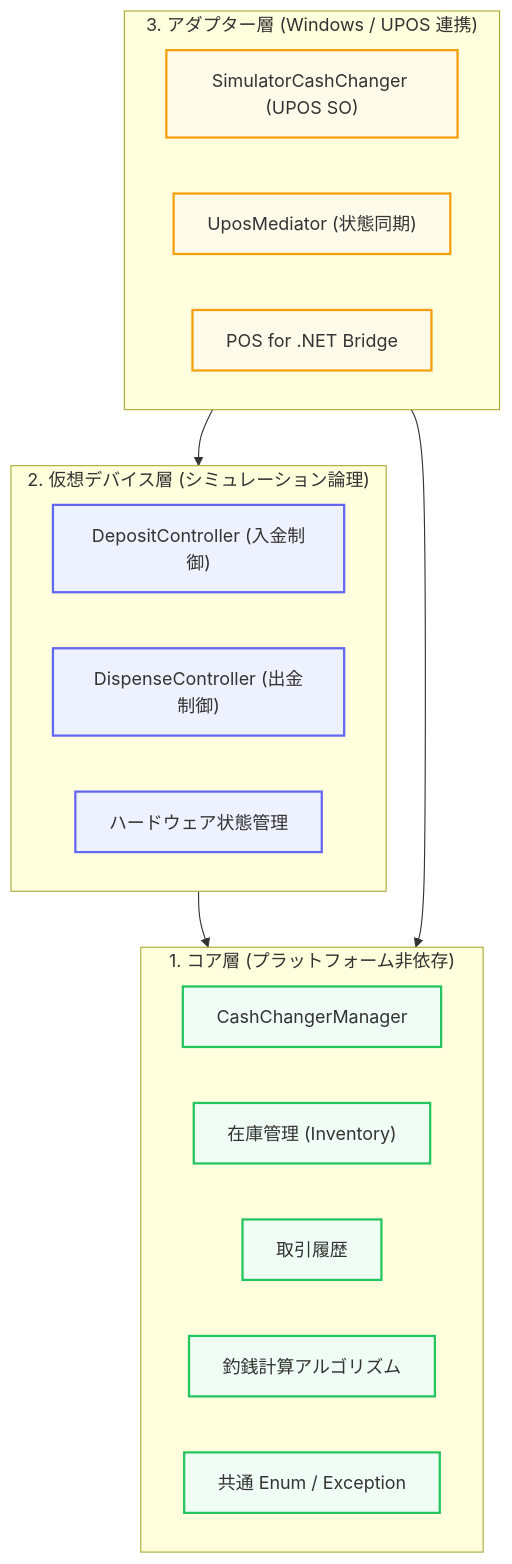
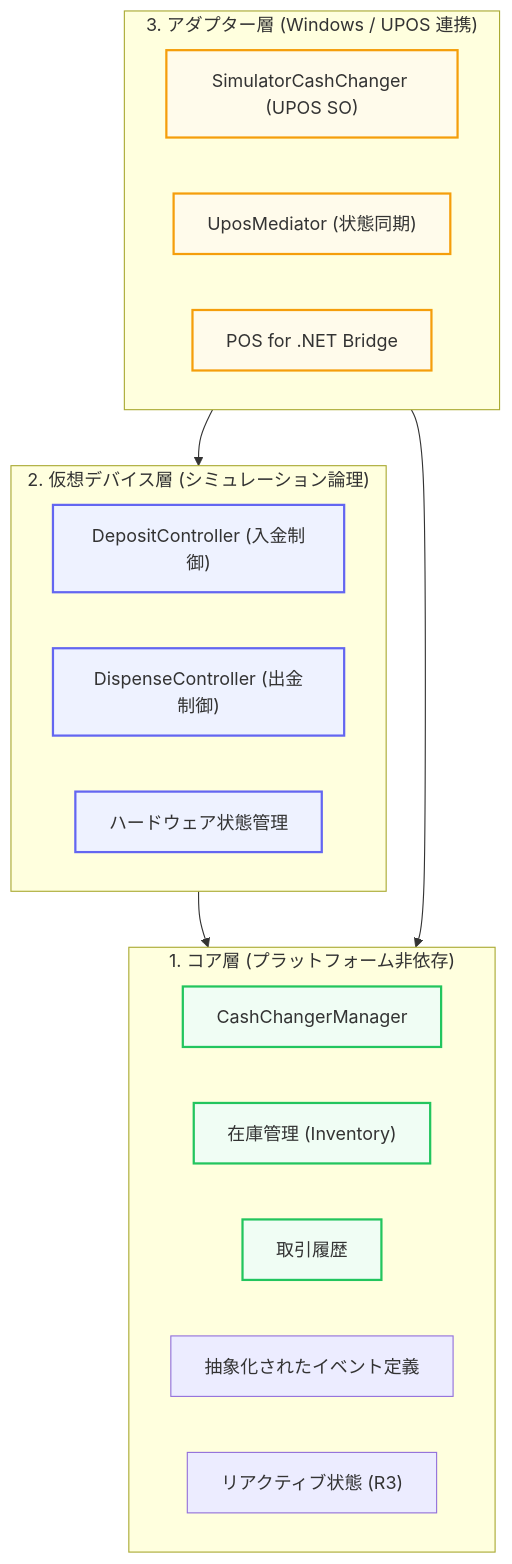
The diagram in docs/Architecture_JP.md (w-red/CashChangerSimulator.Core), drawn with Mermaid before and after one commit. The commit also changed other lines of this file and 1 other file, not shown here.

Commit message:
docs: update architecture overview for R3 and event abstraction

````diff
--- a/docs/Architecture_JP.md
+++ b/docs/Architecture_JP.md
@@ -9,38 +9,38 @@
 ```mermaid
 graph TD
     %% Define Styles
     classDef coreLayer fill:#f0fdf4,stroke:#22c55e,stroke-width:2px;
     classDef virtualLayer fill:#eef2ff,stroke:#6366f1,stroke-width:2px;
     classDef adapterLayer fill:#fffbeb,stroke:#f59e0b,stroke-width:2px;
     
     %% Core Layer (CashChangerSimulator.Core)
     subgraph Core ["1. コア層 (プラットフォーム非依存)"]
         Manager["CashChangerManager"]
         Inventory["在庫管理 (Inventory)"]
         History["取引履歴"]
-        Calc["釣銭計算アルゴリズム"]
-        DeviceEnums["共通 Enum / Exception"]
+        DeviceEvents["抽象化されたイベント定義"]
+        ReactiveState["リアクティブ状態 (R3)"]
     end
     class Manager,Inventory,History,Calc,DeviceEnums coreLayer
 
     %% Virtual Device Layer (Device.Virtual)
     subgraph Virtual ["2. 仮想デバイス層 (シミュレーション論理)"]
         DepositController["DepositController (入金制御)"]
         DispenseController["DispenseController (出金制御)"]
         HardwareStatus["ハードウェア状態管理"]
     end
     class DepositController,DispenseController,HardwareStatus virtualLayer
 
     %% Adapter Layer (Device.PosForDotNet)
     subgraph Adapter ["3. アダプター層 (Windows / UPOS 連携)"]
         SO["SimulatorCashChanger (UPOS SO)"]
         Mediator["UposMediator (状態同期)"]
         PosAdapter["POS for .NET Bridge"]
     end
     class SO,Mediator,PosAdapter adapterLayer
 
     %% Relationships
     Virtual --> Core
     Adapter --> Virtual
     Adapter --> Core
 ```
````
